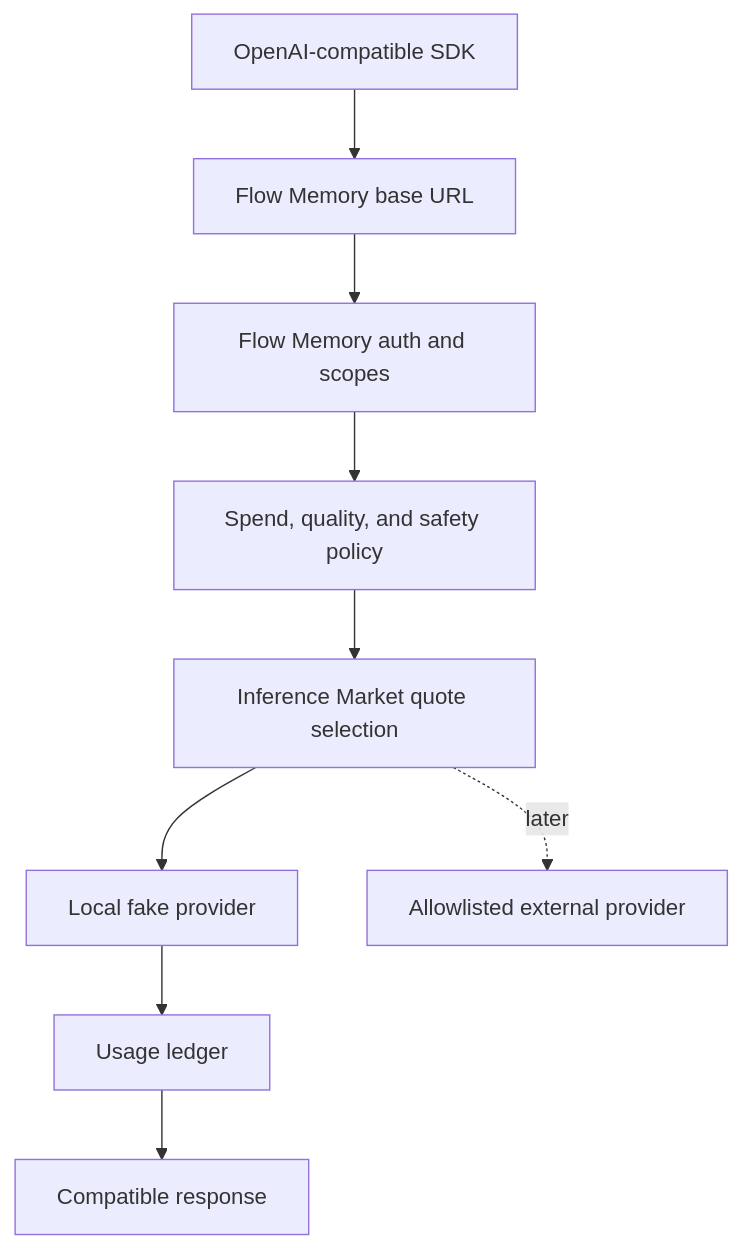
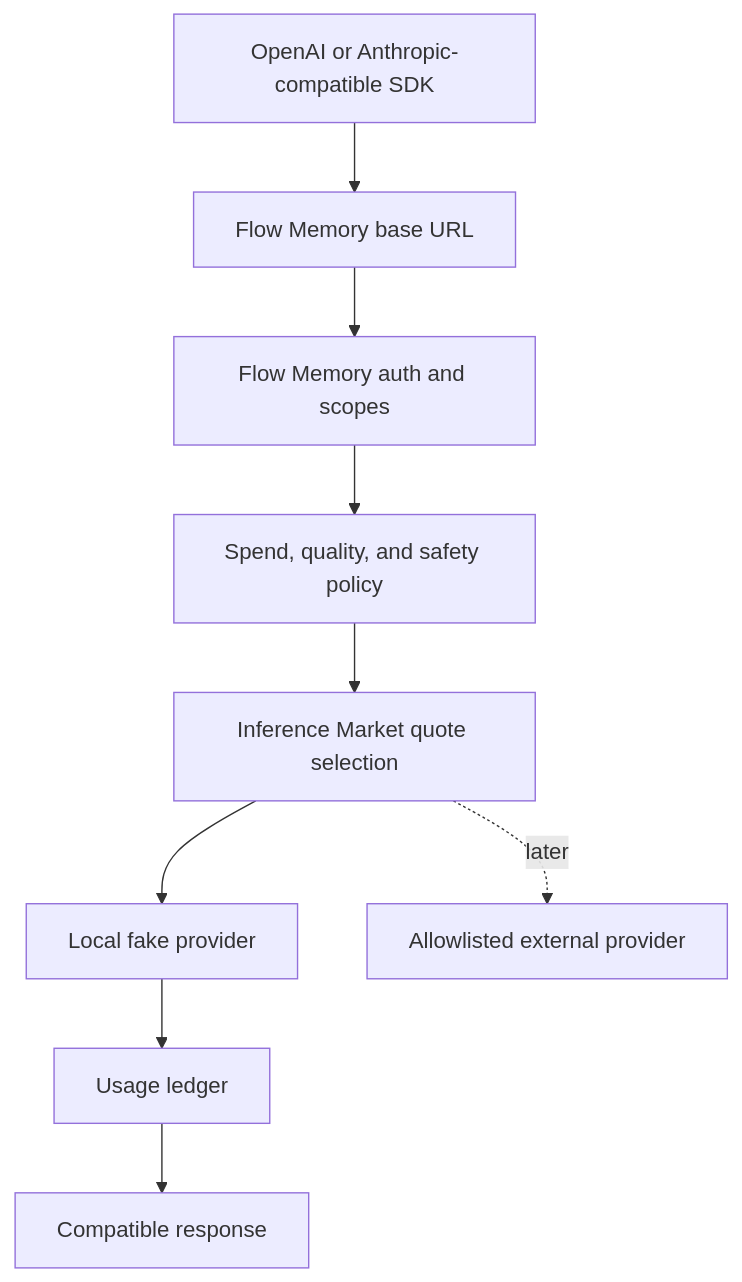
Before and after one commit to FlowmemoryAI/flow-memory: the first of 2 diagrams in docs/INFERENCE_PROXY.md, drawn with Mermaid. The commit also changed other lines of this file and 7 other files, not shown here.

Commit message:
Add Anthropic-compatible inference proxy

````diff
--- a/docs/INFERENCE_PROXY.md
+++ b/docs/INFERENCE_PROXY.md
@@ -5,11 +5,11 @@
 ```mermaid
 flowchart TD
-    SDK[OpenAI-compatible SDK] --> BaseURL[Flow Memory base URL]
+    SDK[OpenAI or Anthropic-compatible SDK] --> BaseURL[Flow Memory base URL]
     BaseURL --> Auth[Flow Memory auth and scopes]
     Auth --> Policy[Spend, quality, and safety policy]
     Policy --> Market[Inference Market quote selection]
     Market --> Fake[Local fake provider]
     Market -. later .-> External[Allowlisted external provider]
     Fake --> Ledger[Usage ledger]
     Ledger --> Response[Compatible response]
 ```
````
